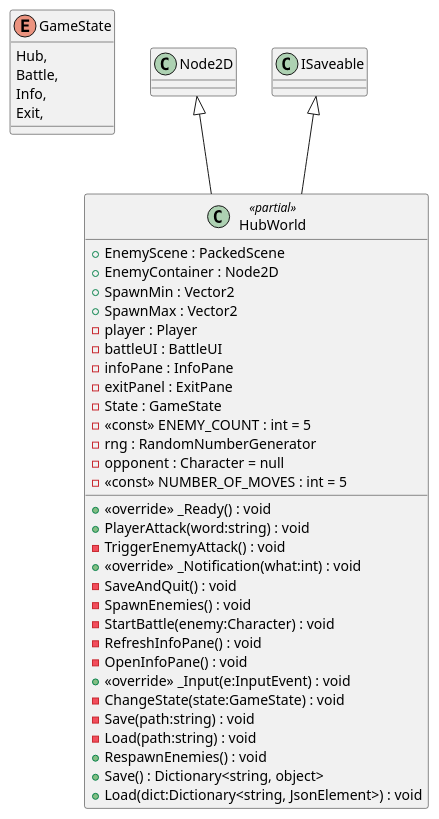
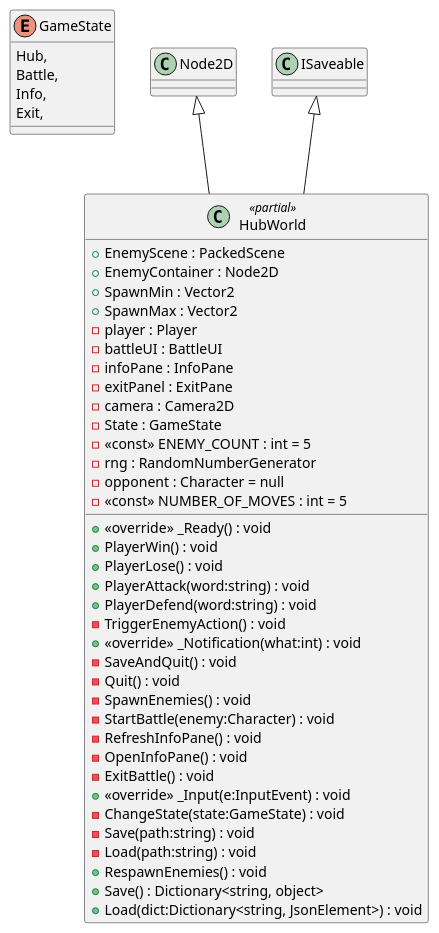
One commit to Leximon-SWE-2025/Leximon changed the diagram in PlantUML/scenes/HubWorld.puml. Above: the diagram before and after it, drawn with PlantUML. The commit also changed 13 other files, not shown here.

Commit message:
update UML

```diff
--- a/PlantUML/scenes/HubWorld.puml
+++ b/PlantUML/scenes/HubWorld.puml
@@ -1,41 +1,47 @@
 @startuml
 enum GameState {
     Hub,
     Battle,
     Info,
     Exit,
 }
 class HubWorld <<partial>> {
     + EnemyScene : PackedScene
     + EnemyContainer : Node2D
     + SpawnMin : Vector2
     + SpawnMax : Vector2
     - player : Player
     - battleUI : BattleUI
     - infoPane : InfoPane
     - exitPanel : ExitPane
+    - camera : Camera2D
     - State : GameState
     - <<const>> ENEMY_COUNT : int = 5
     - rng : RandomNumberGenerator
     - opponent : Character = null
     - <<const>> NUMBER_OF_MOVES : int = 5
     + <<override>> _Ready() : void
+    + PlayerWin() : void
+    + PlayerLose() : void
     + PlayerAttack(word:string) : void
-    - TriggerEnemyAttack() : void
+    + PlayerDefend(word:string) : void
+    - TriggerEnemyAction() : void
     + <<override>> _Notification(what:int) : void
     - SaveAndQuit() : void
+    - Quit() : void
     - SpawnEnemies() : void
     - StartBattle(enemy:Character) : void
     - RefreshInfoPane() : void
     - OpenInfoPane() : void
+    - ExitBattle() : void
     + <<override>> _Input(e:InputEvent) : void
     - ChangeState(state:GameState) : void
     - Save(path:string) : void
     - Load(path:string) : void
     + RespawnEnemies() : void
     + Save() : Dictionary<string, object>
     + Load(dict:Dictionary<string, JsonElement>) : void
 }
 Node2D <|-- HubWorld
 ISaveable <|-- HubWorld
 @enduml
```
